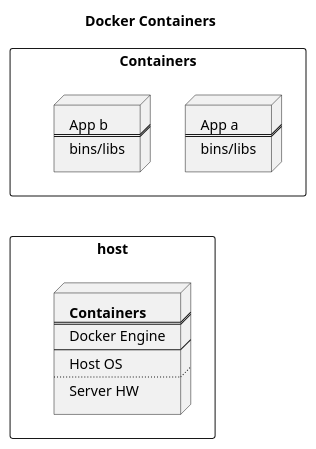
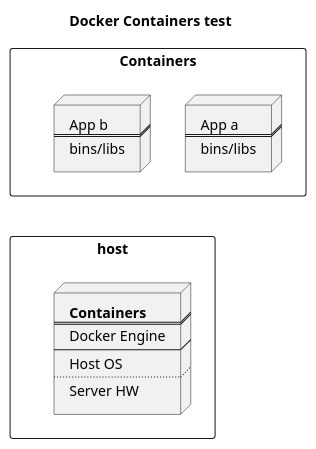
The diagram in docs/test.puml (danskernesdigitalebibliotek/plantuml), drawn with PlantUML before and after one commit.

```diff
--- a/docs/test.puml
+++ b/docs/test.puml
@@ -1,33 +1,33 @@
 @startuml
-Title Docker Containers
+Title Docker Containers test
 
 rectangle Containers {
     node mynodea [
         App a
         ====
         bins/libs
     ]
 
     node mynodeb [
         App b
         ====
         bins/libs
     ]
 }
 
 rectangle host {
 
     node mynodec [
         <b>Containers</b>
         ====
         Docker Engine
         ----
         Host OS
         ....
         Server HW
     ]
 }
 
 Containers -[hidden]- host
 
 @endtuml
```
